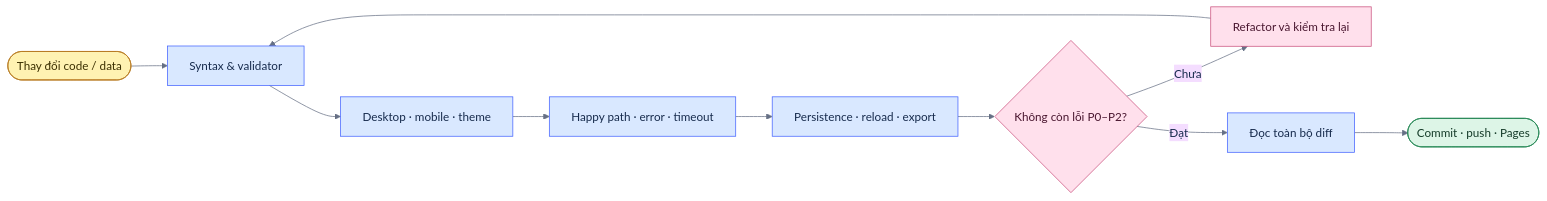
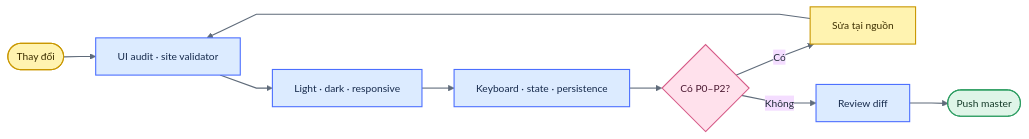
The diagram in design-qa.md (thangldw/thangldw.github.io), drawn with Mermaid before and after one commit. The commit also changed other lines of this file and 7 other files, not shown here.

Commit message:
docs: clean repository guides and diagrams

````diff
--- a/design-qa.md
+++ b/design-qa.md
@@ -12,22 +13,22 @@
 ```mermaid
-%%{init: {"theme":"base","themeVariables":{"fontFamily":"Inter, Arial, sans-serif","lineColor":"#667085","primaryTextColor":"#172B4D"}}}%%
+%%{init: {"theme":"base","flowchart":{"curve":"linear","nodeSpacing":34,"rankSpacing":44},"themeVariables":{"fontFamily":"Inter, Arial, sans-serif","fontSize":"14px","lineColor":"#5F6B7A","primaryTextColor":"#1F2937","clusterBkg":"#FFFFFF","clusterBorder":"#CBD5E1"}}}%%
 flowchart LR
-  Change(["Thay đổi code / data"]) --> Static["Syntax & validator"]
-  Static --> Visual["Desktop · mobile · theme"]
-  Visual --> Interaction["Happy path · error · timeout"]
-  Interaction --> Data["Persistence · reload · export"]
-  Data --> Gate{"Không còn lỗi P0–P2?"}
-  Gate -->|"Chưa"| Fix["Refactor và kiểm tra lại"]
-  Fix --> Static
-  Gate -->|"Đạt"| Diff["Đọc toàn bộ diff"]
-  Diff --> Publish(["Commit · push · Pages"])
+  Change(["Thay đổi"]) --> Static["UI audit · site validator"]
+  Static --> Browser["Light · dark · responsive"]
+  Browser --> Interaction["Keyboard · state · persistence"]
+  Interaction --> Gate{"Có P0–P2?"}
+  Gate -->|"Có"| Repair["Sửa tại nguồn"]
+  Repair --> Static
+  Gate -->|"Không"| Diff["Review diff"]
+  Diff --> Publish(["Push master"])
 
-  classDef yellow fill:#FFF2B2,stroke:#B7791F,color:#3B2F00,stroke-width:1px;
-  classDef blue fill:#D9E8FF,stroke:#4262FF,color:#172B4D,stroke-width:1px;
-  classDef green fill:#DDF5E7,stroke:#238653,color:#153B29,stroke-width:1px;
-  classDef pink fill:#FFE0EC,stroke:#C94F7C,color:#4A1730,stroke-width:1px;
-  class Change yellow;
-  class Static,Visual,Interaction,Data,Diff blue;
-  class Gate,Fix pink;
-  class Publish green;
+  classDef stickyYellow fill:#FFF3B0,stroke:#C99700,color:#3D2F00,stroke-width:1.5px;
+  classDef stickyBlue fill:#DCEBFF,stroke:#4C6FFF,color:#172B4D,stroke-width:1.5px;
+  classDef stickyPink fill:#FFE1EC,stroke:#D65A87,color:#4A1730,stroke-width:1.5px;
+  classDef stickyGreen fill:#DFF5E8,stroke:#2D9D62,color:#153B29,stroke-width:1.5px;
+  class Change,Repair stickyYellow;
+  class Static,Browser,Interaction,Diff stickyBlue;
+  class Gate stickyPink;
+  class Publish stickyGreen;
+  linkStyle default stroke:#5F6B7A,stroke-width:1.5px;
 ```
````
